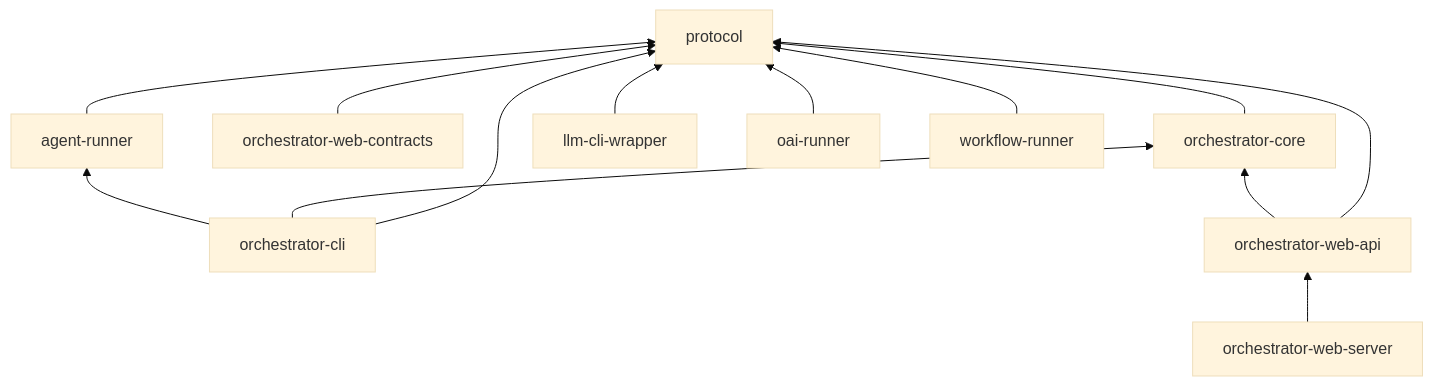
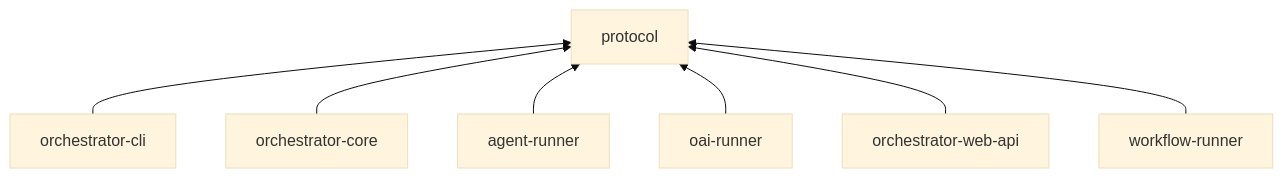
Before and after one commit to launchapp-dev/animus-cli: the second of 2 diagrams in crates/protocol/README.md, drawn with Mermaid (base theme). The commit also changed other lines of this file and 15 other files, not shown here.

````diff
--- a/crates/protocol/README.md
+++ b/crates/protocol/README.md
@@ -189,18 +67,17 @@
 ```mermaid
 graph BT
-    protocol[protocol]
+    PROTO["protocol"]
+    CLI["orchestrator-cli"]
+    CORE["orchestrator-core"]
+    RUN["agent-runner"]
+    OAI["oai-runner"]
+    WEB["orchestrator-web-api"]
+    WFR["workflow-runner"]
 
-    cli[orchestrator-cli] --> protocol
-    core[orchestrator-core] --> protocol
-    web_api[orchestrator-web-api] --> protocol
-    web_contracts[orchestrator-web-contracts] --> protocol
-    web_server[orchestrator-web-server] --> web_api
-    agent_runner[agent-runner] --> protocol
-    llm_cli[llm-cli-wrapper] --> protocol
-    oai_runner[oai-runner] --> protocol
-    workflow_runner[workflow-runner] --> protocol
-
-    cli --> core
-    cli --> agent_runner
-    web_api --> core
+    CLI --> PROTO
+    CORE --> PROTO
+    RUN --> PROTO
+    OAI --> PROTO
+    WEB --> PROTO
+    WFR --> PROTO
 ```
````
